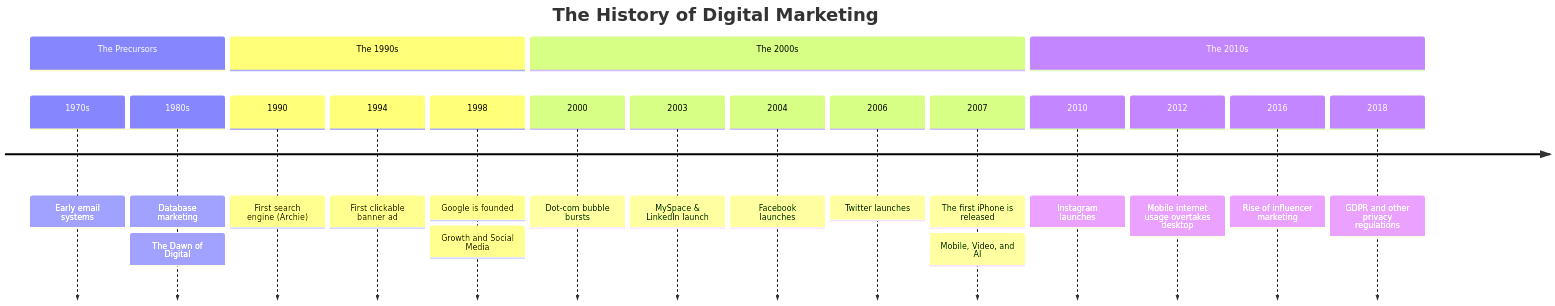
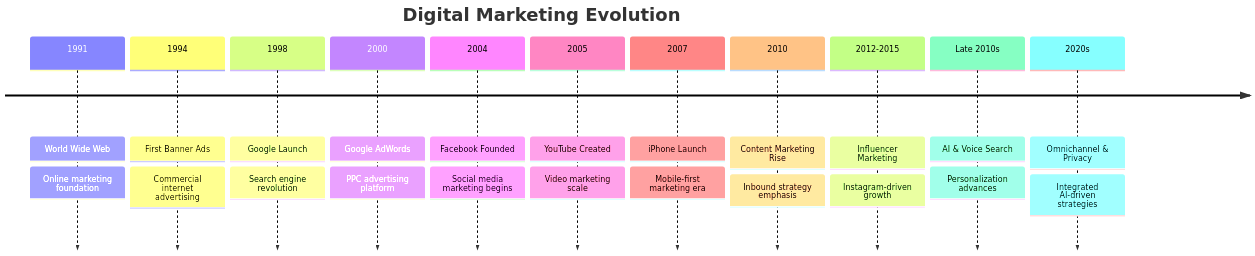
The diagram in timeline/Business and Administration/markdowns/276_digital_marketing.md (elidepb/mermaid_corpus), drawn with Mermaid before and after one commit. The commit also changed 3129 other files, not shown here.

````diff
--- a/timeline/Business and Administration/markdowns/276_digital_marketing.md
+++ b/timeline/Business and Administration/markdowns/276_digital_marketing.md
@@ -1,22 +1,26 @@
 ```mermaid
 timeline
-    title The History of Digital Marketing
-    section The Precursors
-        1970s : Early email systems
-        1980s : Database marketing
-    section The 1990s: The Dawn of Digital
-        1990 : First search engine (Archie)
-        1994 : First clickable banner ad
-        1998 : Google is founded
-    section The 2000s: Growth and Social Media
-        2000 : Dot-com bubble bursts
-        2003 : MySpace & LinkedIn launch
-        2004 : Facebook launches
-        2006 : Twitter launches
-        2007 : The first iPhone is released
-    section The 2010s: Mobile, Video, and AI
-        2010 : Instagram launches
-        2012 : Mobile internet usage overtakes desktop
-        2016 : Rise of influencer marketing
-        2018 : GDPR and other privacy regulations
+    title Digital Marketing Evolution
+    1991 : World Wide Web
+         : Online marketing foundation
+    1994 : First Banner Ads
+         : Commercial internet advertising
+    1998 : Google Launch
+         : Search engine revolution
+    2000 : Google AdWords
+         : PPC advertising platform
+    2004 : Facebook Founded
+         : Social media marketing begins
+    2005 : YouTube Created
+         : Video marketing scale
+    2007 : iPhone Launch
+         : Mobile-first marketing era
+    2010 : Content Marketing Rise
+         : Inbound strategy emphasis
+    2012-2015 : Influencer Marketing
+              : Instagram-driven growth
+    Late 2010s : AI & Voice Search
+               : Personalization advances
+    2020s : Omnichannel & Privacy
+          : Integrated AI-driven strategies
 ```
````
